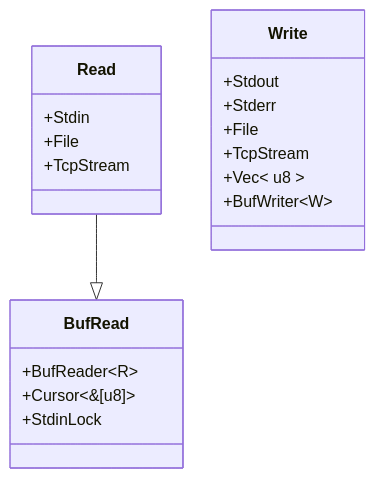
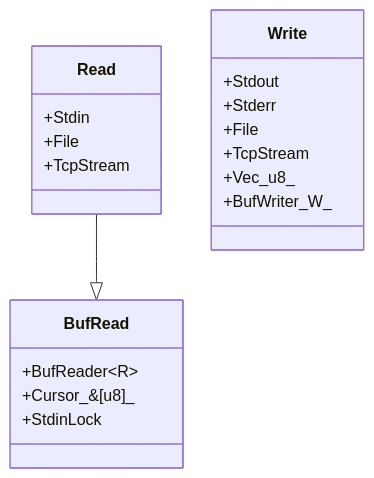
Before and after one commit to YoungHaKim7/Rust_Tutorial_Full_course: the diagram in 36_Rust_I_O_Read_BufRead_Write/README.md, drawn with Mermaid. The commit also changed other lines of this file, not shown here.

````diff
--- a/36_Rust_I_O_Read_BufRead_Write/README.md
+++ b/36_Rust_I_O_Read_BufRead_Write/README.md
@@ -3,23 +3,23 @@
 ```mermaid
 classDiagram
     Read --|> BufRead
     Write 
     class Write{
       +Stdout
       +Stderr
       +File
       +TcpStream
-      +Vec&lt; u8 &gt;
-      +BufWriter&lt;W&gt;
+      +Vec_u8_
+      +BufWriter_W_
     }
     class Read{
       +Stdin
       +File
       +TcpStream
     }
     class BufRead{
       +BufReader&lt;R&gt;
-      +Cursor&lt;&[u8]&gt;
+      +Cursor_&[u8]_
       +StdinLock
     }
 ```
````
